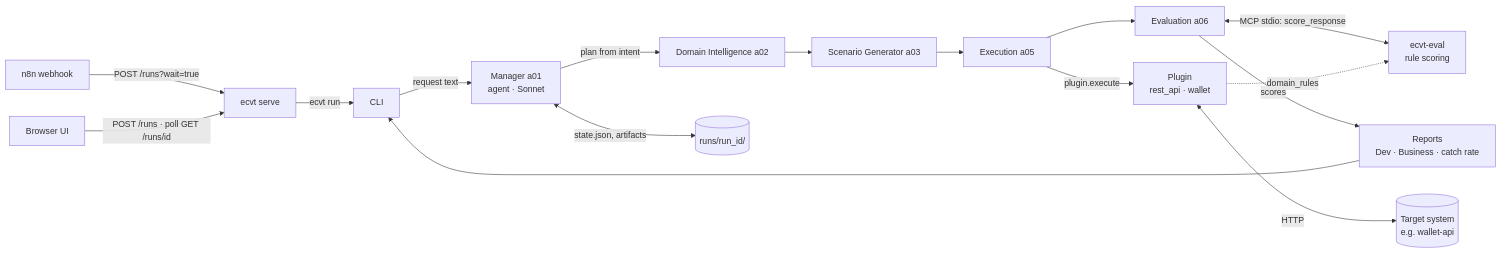
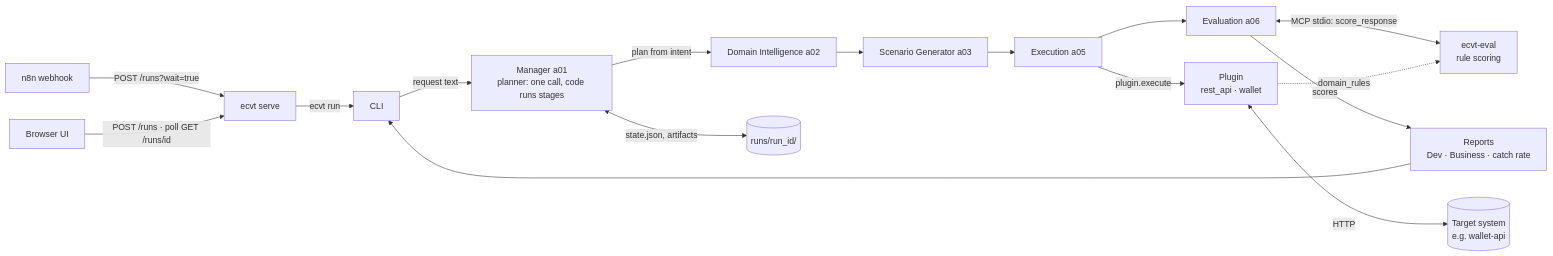
The diagram in docs/02-architecture/architecture.md (aozan88/ecvt), drawn with Mermaid before and after one commit. The commit also changed other lines of this file and 3 other files, not shown here.

First line of the commit message:
docs(manager): ADR 0020 draft, spec and architecture for planner mode

````diff
--- a/docs/02-architecture/architecture.md
+++ b/docs/02-architecture/architecture.md
@@ -11,18 +11,18 @@
 ```mermaid
 flowchart LR
     N[n8n webhook] -->|POST /runs?wait=true| TS[ecvt serve]
     B[Browser UI] -->|POST /runs · poll GET /runs/id| TS
     TS -->|ecvt run| U
-    U[CLI] -->|request text| M[Manager a01<br/>agent · Sonnet]
+    U[CLI] -->|request text| M[Manager a01<br/>planner: one call, code runs stages]
     M -->|plan from intent| DI[Domain Intelligence a02]
     DI --> SG[Scenario Generator a03]
     SG --> EX[Execution a05]
     EX --> EV[Evaluation a06]
     EV <-->|MCP stdio: score_response| ES[ecvt-eval<br/>rule scoring]
     EX -->|plugin.execute| P[Plugin<br/>rest_api · wallet]
     P <-->|HTTP| T[(Target system<br/>e.g. wallet-api)]
     P -.->|domain_rules| ES
     M <-->|state.json, artifacts| R[(runs/run_id/)]
     EV -->|scores| RP[Reports<br/>Dev · Business · catch rate]
     RP --> U
 ```
````
